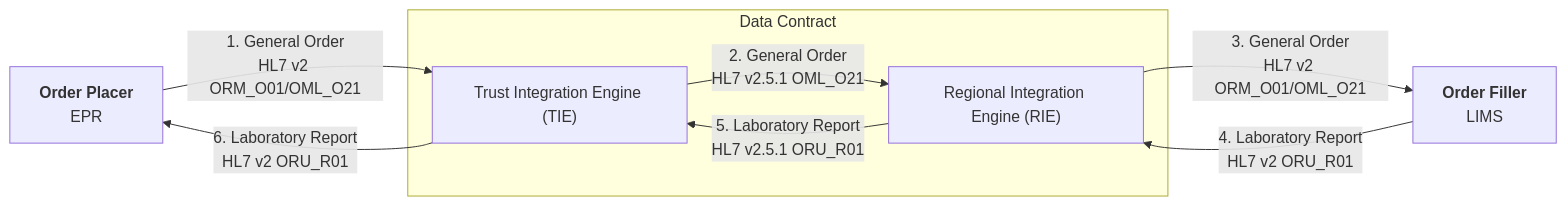
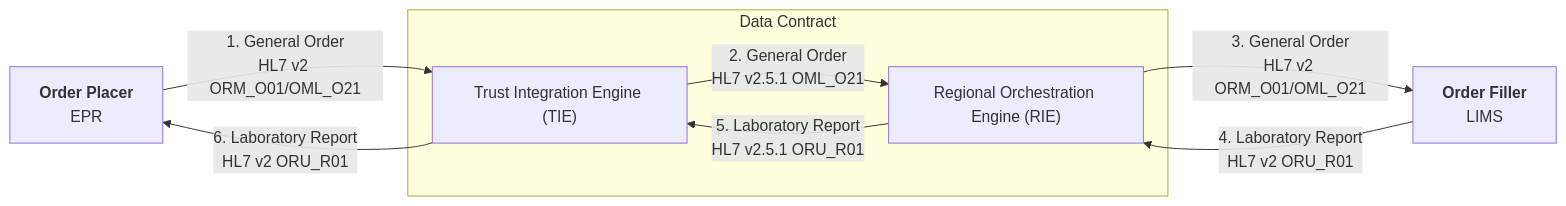
Before and after one commit to uk-gov-mirror/nw-gmsa.nw-gmsa.github.com: the eighth of 11 diagrams in input/pagecontent/design.md, drawn with Mermaid. The commit also changed other lines of this file and 55 other files, not shown here.

````diff
--- a/input/pagecontent/design.md
+++ b/input/pagecontent/design.md
@@ -207,14 +220,14 @@
 ```mermaid
 graph LR
     OrderPlacer[<b>Order Placer</b><br/>EPR] --> |1. General Order<br/>HL7 v2 ORM_O01/OML_O21| TIE
     subgraph DataContract[Data Contract]
         TIE["Trust Integration Engine (TIE)"]
-        RIE["Regional Integration Engine (RIE)"]
+        RIE["Regional Orchestration Engine (RIE)"]
     end 
     TIE --> |2. General Order<br/>HL7 v2.5.1 OML_O21| RIE
     RIE --> |3. General Order<br/>HL7 v2 ORM_O01/OML_O21| OrderFiller
     
     OrderFiller[<b>Order Filler</b><br/>LIMS] --> |4. Laboratory Report<br/>HL7 v2 ORU_R01| RIE
     RIE --> |5. Laboratory Report<br/>HL7 v2.5.1 ORU_R01| TIE 
     TIE --> |6. Laboratory Report<br/>HL7 v2 ORU_R01| OrderPlacer  
 ```
````
